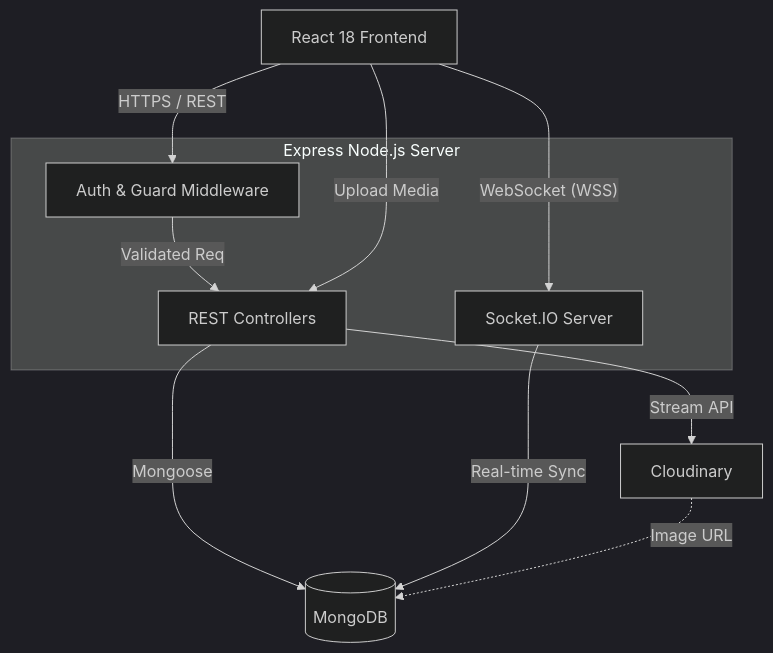
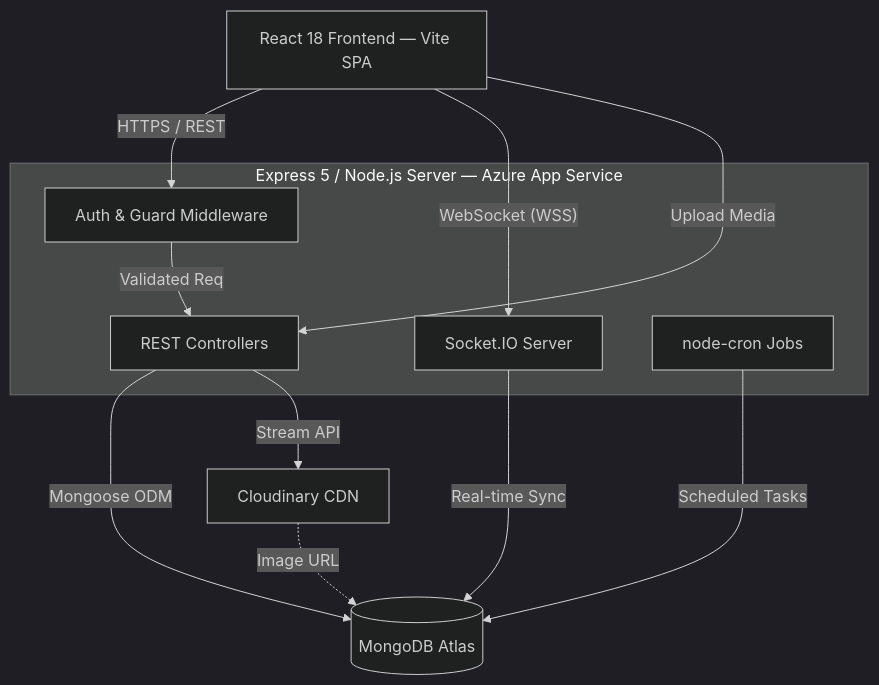
One commit to Eranda342/Smart-Paddy-Stock-Supply-Management-System changed the diagram in README.md. Above: the diagram before and after it, drawn with Mermaid (dark theme). The commit also changed other lines of this file, not shown here.

````diff
--- a/README.md
+++ b/README.md
@@ -81,23 +84,25 @@
 ```mermaid
 graph TD
-    Client[React 18 Frontend]
-    
-    subgraph Backend API [Express Node.js Server]
+    Client[React 18 Frontend — Vite SPA]
+
+    subgraph Backend API [Express 5 / Node.js Server — Azure App Service]
         Auth[Auth & Guard Middleware]
         REST[REST Controllers]
         WS[Socket.IO Server]
+        Cron[node-cron Jobs]
     end
-    
-    DB[(MongoDB)]
-    Cloud[Cloudinary]
-    
+
+    DB[(MongoDB Atlas)]
+    Cloud[Cloudinary CDN]
+
     Client -- "HTTPS / REST" --> Auth
     Auth -- "Validated Req" --> REST
     Client -- "WebSocket (WSS)" --> WS
-    REST -- "Mongoose" --> DB
+    REST -- "Mongoose ODM" --> DB
     WS -- "Real-time Sync" --> DB
-    
+    Cron -- "Scheduled Tasks" --> DB
+
     Client -- "Upload Media" --> REST
     REST -- "Stream API" --> Cloud
     Cloud -. "Image URL" .-> DB
 ```
````
